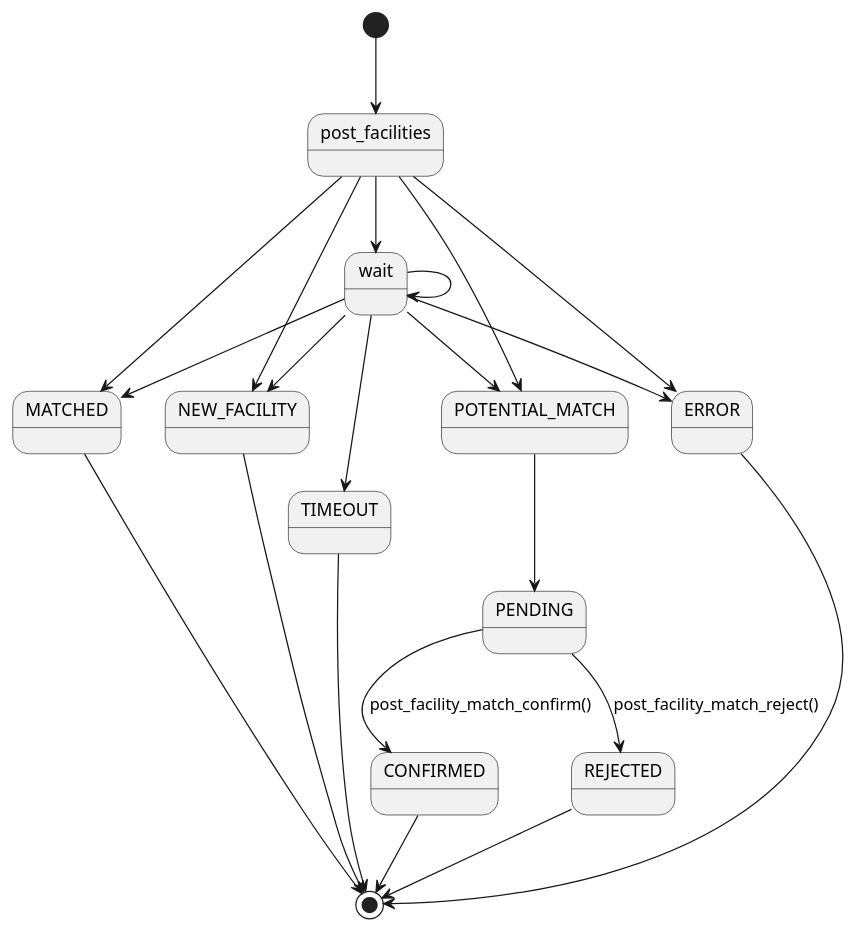
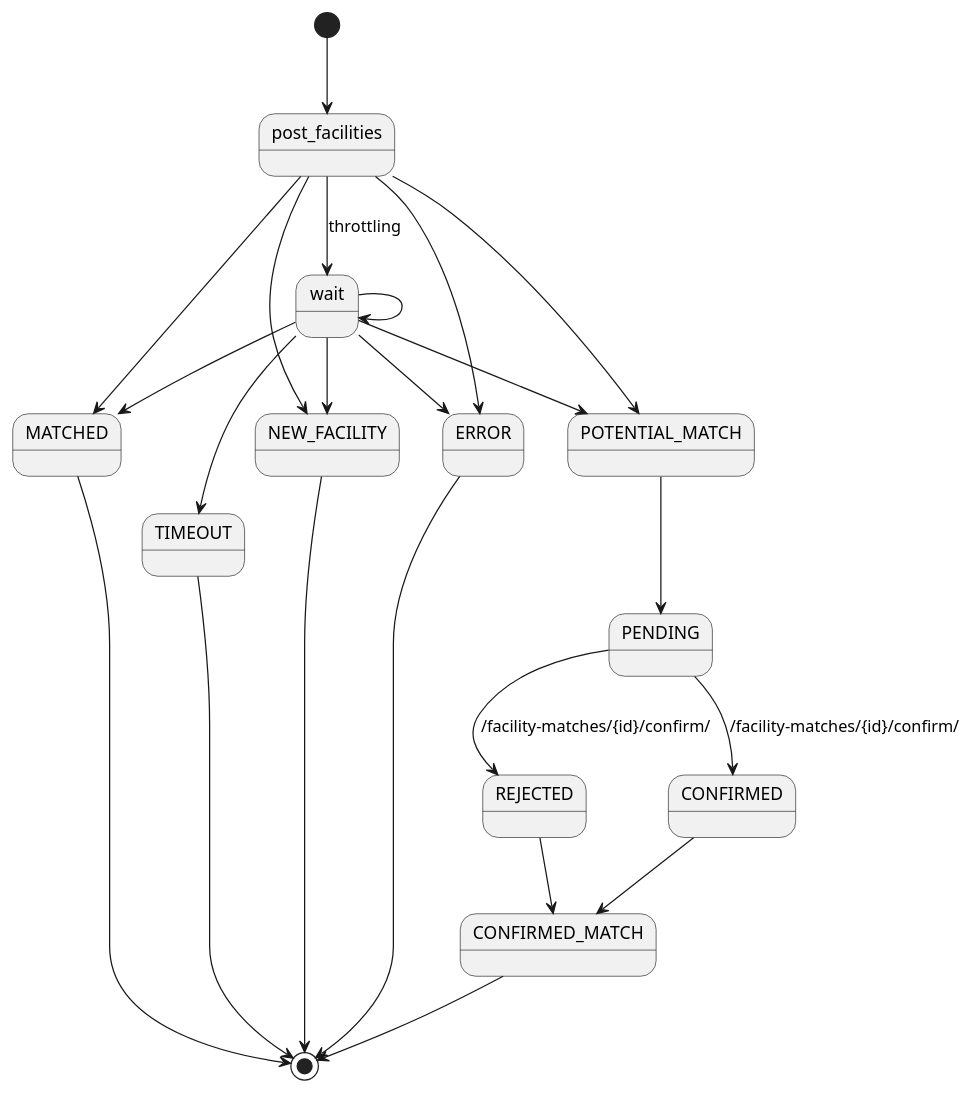
Before and after one commit to opensupplyhub/pyoshub: the diagram in docs/source/doc.rst, drawn with PlantUML. The commit also changed 10 other files, not shown here.

Commit message:
Added facility reject, documentation, and added CONFIRMED_MATCH in UML charts

```diff
--- a/docs/source/doc.rst
+++ b/docs/source/doc.rst
@@ -19,28 +19,28 @@
 .. uml:: 
    
    @startuml
     [*] --> post_facilities
-    post_facilities --> wait
+    post_facilities --> wait : throttling
     post_facilities --> POTENTIAL_MATCH
     post_facilities --> NEW_FACILITY
     post_facilities --> MATCHED
     post_facilities --> ERROR
 
     POTENTIAL_MATCH --> PENDING
-    PENDING --> CONFIRMED : post_facility_match_confirm()
-    PENDING --> REJECTED : post_facility_match_reject()
+    PENDING --> CONFIRMED : /facility-matches/{id}/confirm/
+    PENDING --> REJECTED : /facility-matches/{id}/confirm/
     wait --> wait
     wait --> POTENTIAL_MATCH
     wait --> NEW_FACILITY
     wait --> MATCHED
     wait --> ERROR
     wait --> TIMEOUT
 
-    CONFIRMED --> [*]
-    REJECTED --> [*]
+    CONFIRMED --> CONFIRMED_MATCH
+    REJECTED --> CONFIRMED_MATCH
+    CONFIRMED_MATCH --> [*]
     MATCHED --> [*]
     NEW_FACILITY --> [*]
     ERROR --> [*]
     TIMEOUT --> [*]
-
    @enduml
```
